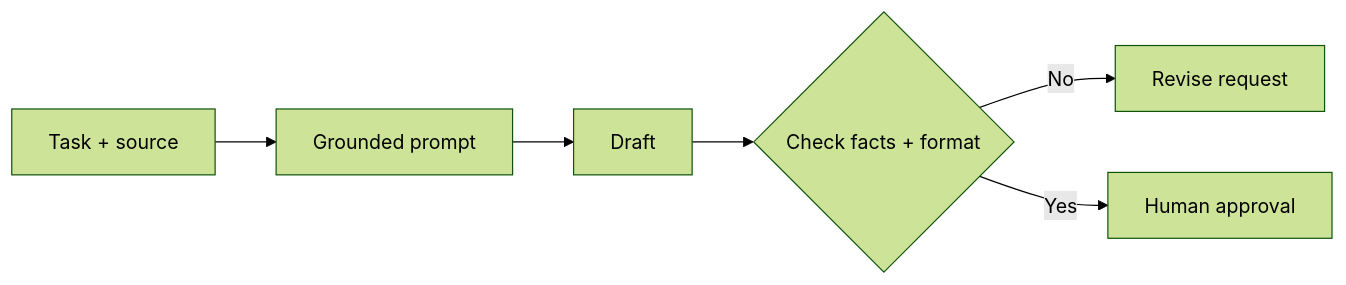
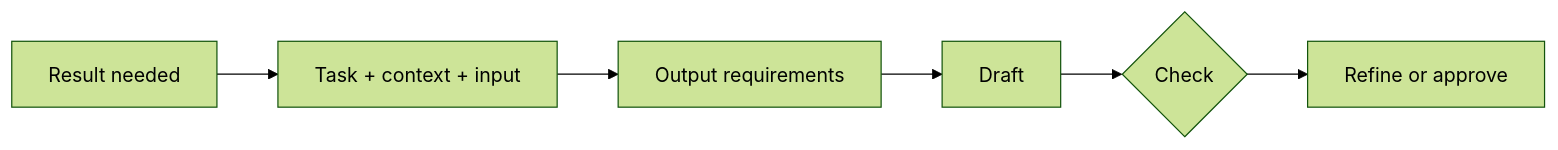
The diagram in teaching/visuals/s03/en/workflow.mmd (Ange230700/ibm-ai-foundations-for-everyone-notes), drawn with Mermaid (forest theme) before and after one commit. The commit also changed 7 other files, not shown here.

```diff
--- a/teaching/visuals/s03/en/workflow.mmd
+++ b/teaching/visuals/s03/en/workflow.mmd
@@ -1,6 +1,6 @@
 flowchart LR
- A["Task + source"] --> B["Grounded prompt"]
- B --> C["Draft"]
- C --> D{"Check facts + format"}
- D -->|No| E["Revise request"]
- D -->|Yes| F["Human approval"]
+ A["Result needed"] --> B["Task + context + input"]
+ B --> C["Output requirements"]
+ C --> D["Draft"]
+ D --> E{"Check"}
+ E --> F["Refine or approve"]
```
